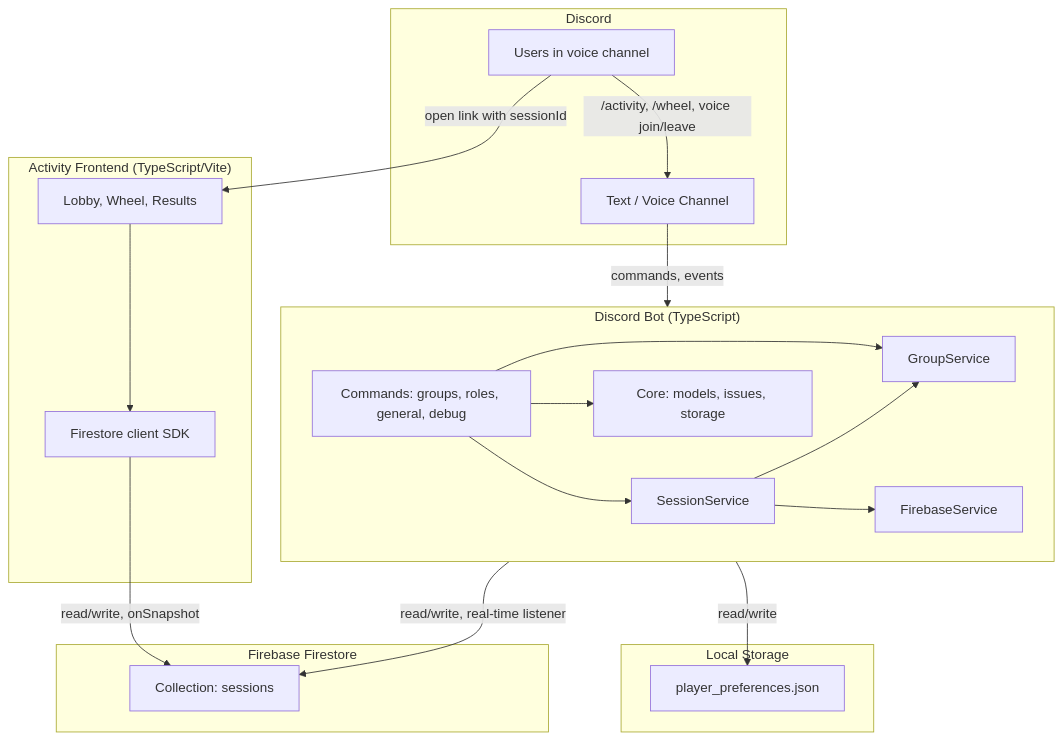
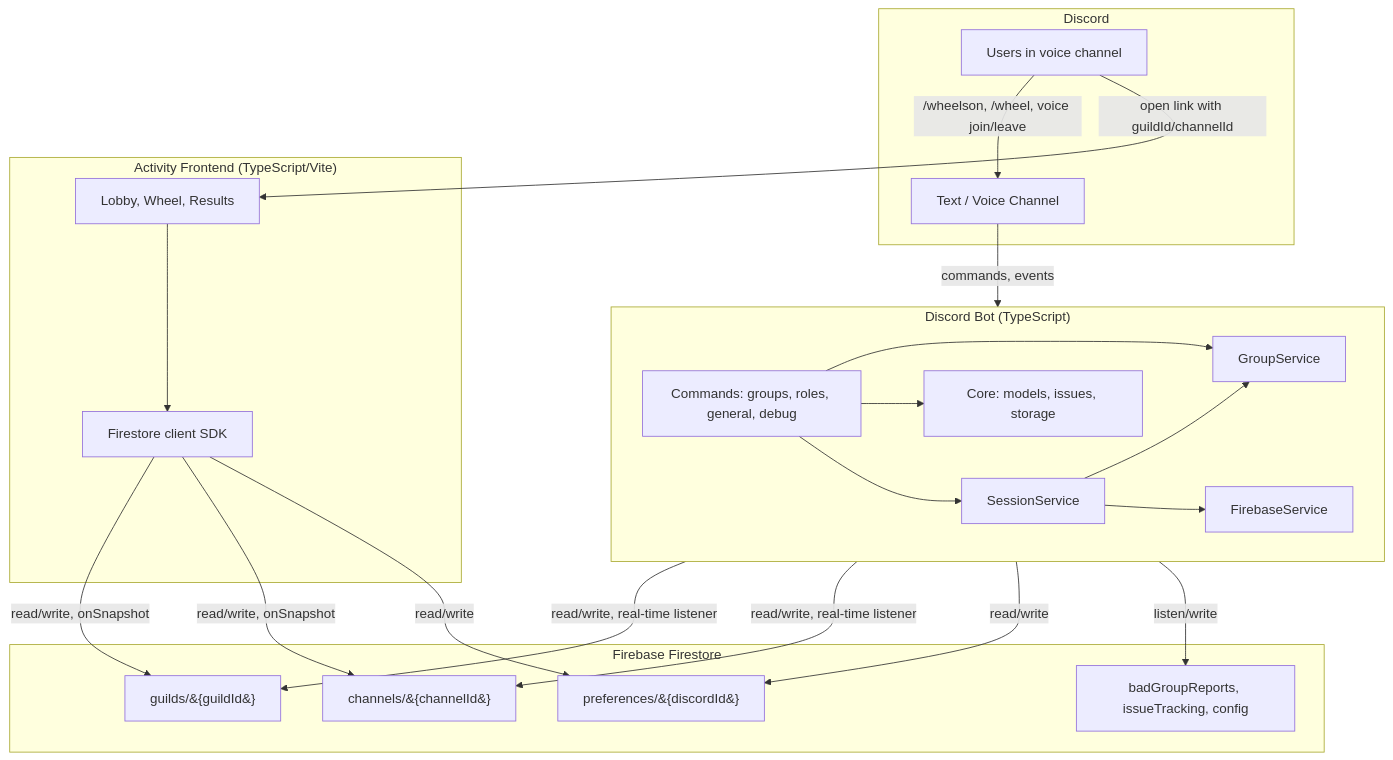
One commit to TytaniumDev/MythicPlusDiscordBot changed the first of 5 diagrams in ARCHITECTURE.md. Above: the diagram before and after it, drawn with Mermaid. The commit also changed other lines of this file and 3 other files, not shown here.

First line of the commit message:
docs: align ARCHITECTURE/ACTIVITY_SETUP/FIREBASE_SETUP/DEPLOYMENT with repo state (#532)

````diff
--- a/ARCHITECTURE.md
+++ b/ARCHITECTURE.md
@@ -21,40 +21,43 @@
 ```mermaid
 flowchart TB
     subgraph Discord["Discord"]
         User[Users in voice channel]
         Channel[Text / Voice Channel]
     end
 
     subgraph Bot["Discord Bot (TypeScript)"]
         Cogs[Commands: groups, roles, general, debug]
         GroupService[GroupService]
         SessionService[SessionService]
         FirebaseService[FirebaseService]
         Core[Core: models, issues, storage]
         Cogs --> GroupService
         Cogs --> SessionService
         Cogs --> Core
         SessionService --> FirebaseService
         SessionService --> GroupService
     end
 
     subgraph Firebase["Firebase Firestore"]
-        Sessions[Collection: sessions]
-    end
-
-    subgraph LocalStorage["Local Storage"]
-        Preferences[player_preferences.json]
+        Guilds[guilds/&#123;guildId&#125;]
+        Channels[channels/&#123;channelId&#125;]
+        Preferences[preferences/&#123;discordId&#125;]
+        Sidecars[badGroupReports, issueTracking, config]
     end
 
     subgraph Frontend["Activity Frontend (TypeScript/Vite)"]
         UI[Lobby, Wheel, Results]
         UI --> FirestoreClient[Firestore client SDK]
     end
 
-    User -->|/activity, /wheel, voice join/leave| Channel
+    User -->|/wheelson, /wheel, voice join/leave| Channel
     Channel -->|commands, events| Bot
-    Bot -->|read/write, real-time listener| Sessions
+    Bot -->|read/write, real-time listener| Guilds
+    Bot -->|read/write, real-time listener| Channels
     Bot -->|read/write| Preferences
-    FirestoreClient -->|read/write, onSnapshot| Sessions
-    User -->|open link with sessionId| UI
+    Bot -->|listen/write| Sidecars
+    FirestoreClient -->|read/write, onSnapshot| Guilds
+    FirestoreClient -->|read/write, onSnapshot| Channels
+    FirestoreClient -->|read/write| Preferences
+    User -->|open link with guildId/channelId| UI
 ```
````
